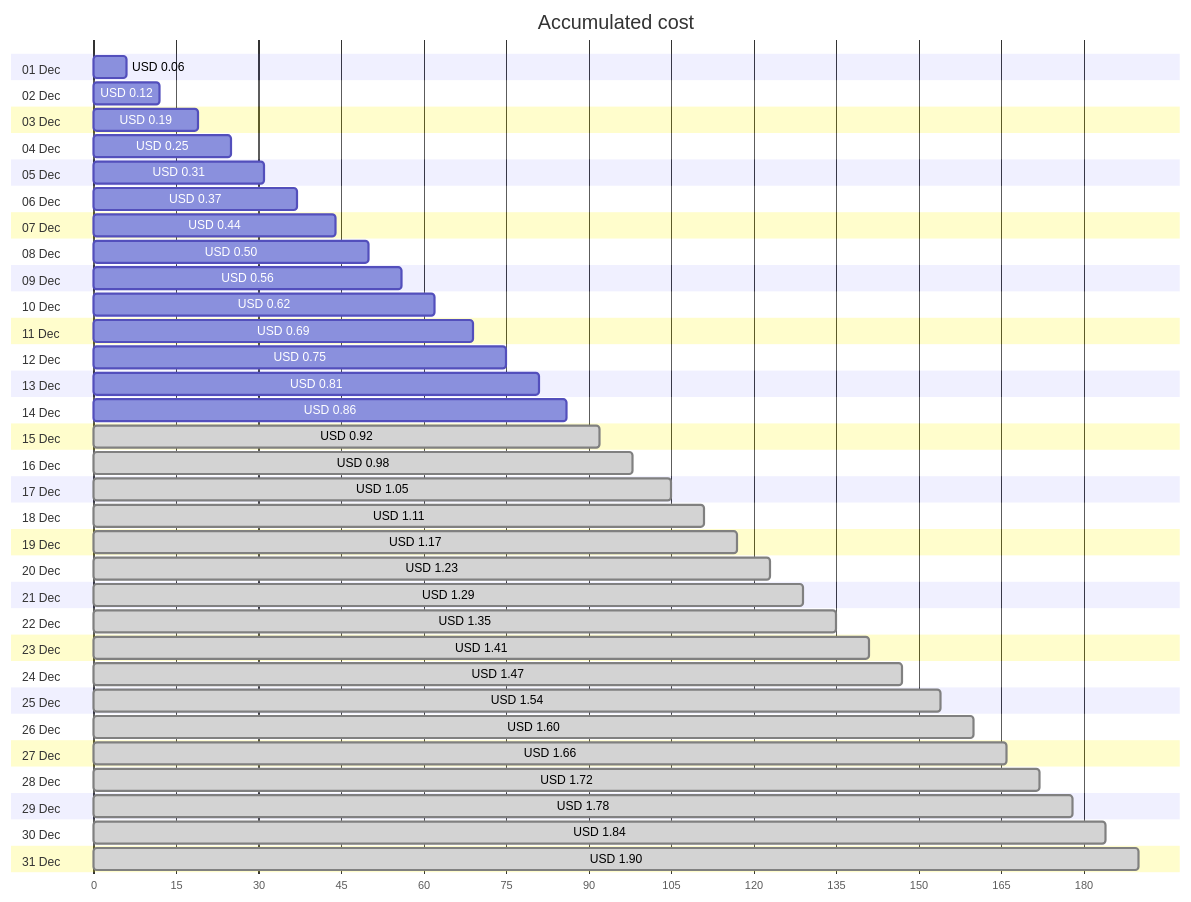
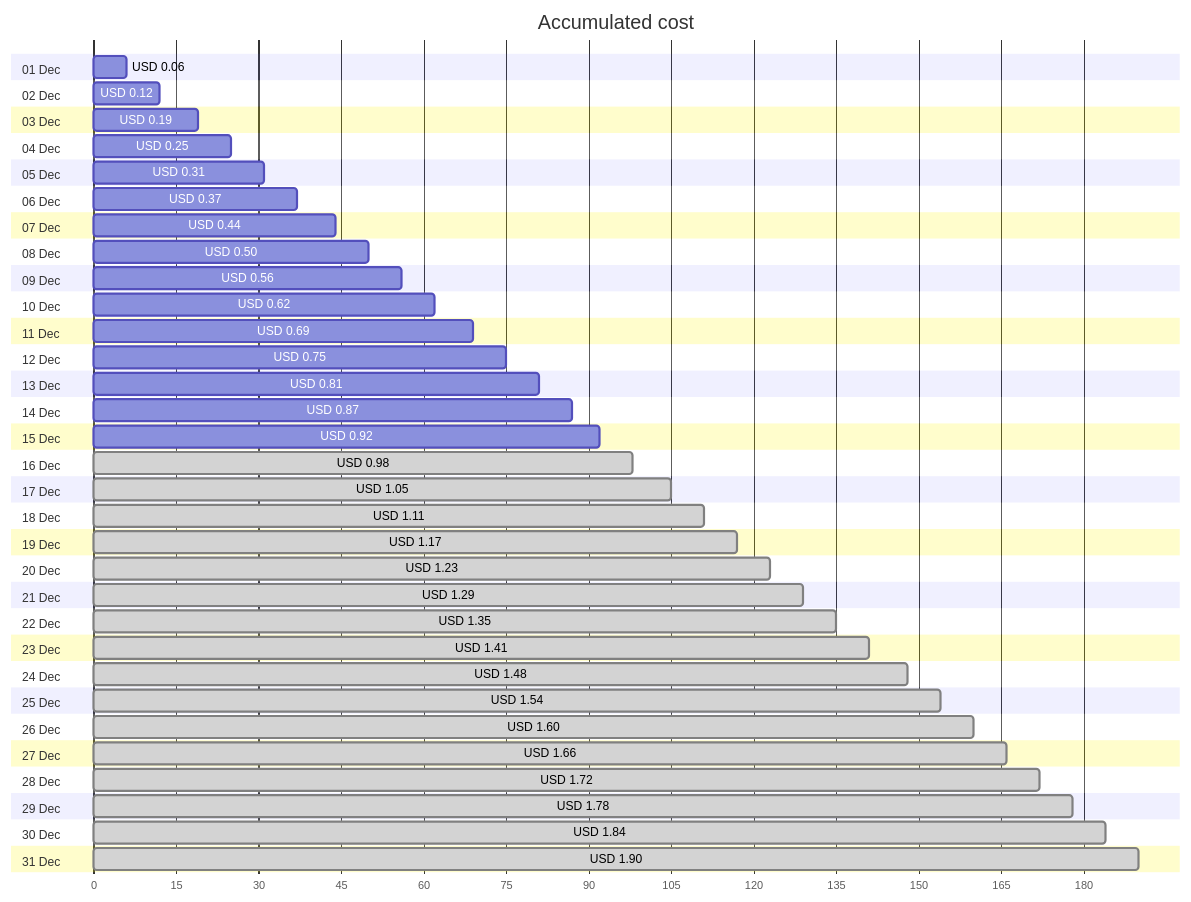
Before and after one commit to jpfulton/azure-personal-reports: the first of 4 diagrams in cost-reports/personal-network/vpn-server_OsDisk.md, drawn with Mermaid. The commit also changed other lines of this file and 8 other files, not shown here.

````diff
--- a/cost-reports/personal-network/vpn-server_OsDisk.md
+++ b/cost-reports/personal-network/vpn-server_OsDisk.md
@@ -20,68 +20,68 @@
 ```mermaid
 gantt
    title Accumulated cost
    dateFormat  X
    axisFormat %s
    section 01 Dec
    USD 0.06 :0, 6
    section 02 Dec
    USD 0.12 :0, 12
    section 03 Dec
    USD 0.19 :0, 19
    section 04 Dec
    USD 0.25 :0, 25
    section 05 Dec
    USD 0.31 :0, 31
    section 06 Dec
    USD 0.37 :0, 37
    section 07 Dec
    USD 0.44 :0, 44
    section 08 Dec
    USD 0.50 :0, 50
    section 09 Dec
    USD 0.56 :0, 56
    section 10 Dec
    USD 0.62 :0, 62
    section 11 Dec
    USD 0.69 :0, 69
    section 12 Dec
    USD 0.75 :0, 75
    section 13 Dec
    USD 0.81 :0, 81
    section 14 Dec
-   USD 0.86 :0, 86
+   USD 0.87 :0, 87
    section 15 Dec
-   USD 0.92 : done, 0, 92
+   USD 0.92 :0, 92
    section 16 Dec
    USD 0.98 : done, 0, 98
    section 17 Dec
    USD 1.05 : done, 0, 105
    section 18 Dec
    USD 1.11 : done, 0, 111
    section 19 Dec
    USD 1.17 : done, 0, 117
    section 20 Dec
    USD 1.23 : done, 0, 123
    section 21 Dec
    USD 1.29 : done, 0, 129
    section 22 Dec
    USD 1.35 : done, 0, 135
    section 23 Dec
    USD 1.41 : done, 0, 141
    section 24 Dec
-   USD 1.47 : done, 0, 147
+   USD 1.48 : done, 0, 148
    section 25 Dec
    USD 1.54 : done, 0, 154
    section 26 Dec
    USD 1.60 : done, 0, 160
    section 27 Dec
    USD 1.66 : done, 0, 166
    section 28 Dec
    USD 1.72 : done, 0, 172
    section 29 Dec
    USD 1.78 : done, 0, 178
    section 30 Dec
    USD 1.84 : done, 0, 184
    section 31 Dec
    USD 1.90 : done, 0, 190
 ```
````
